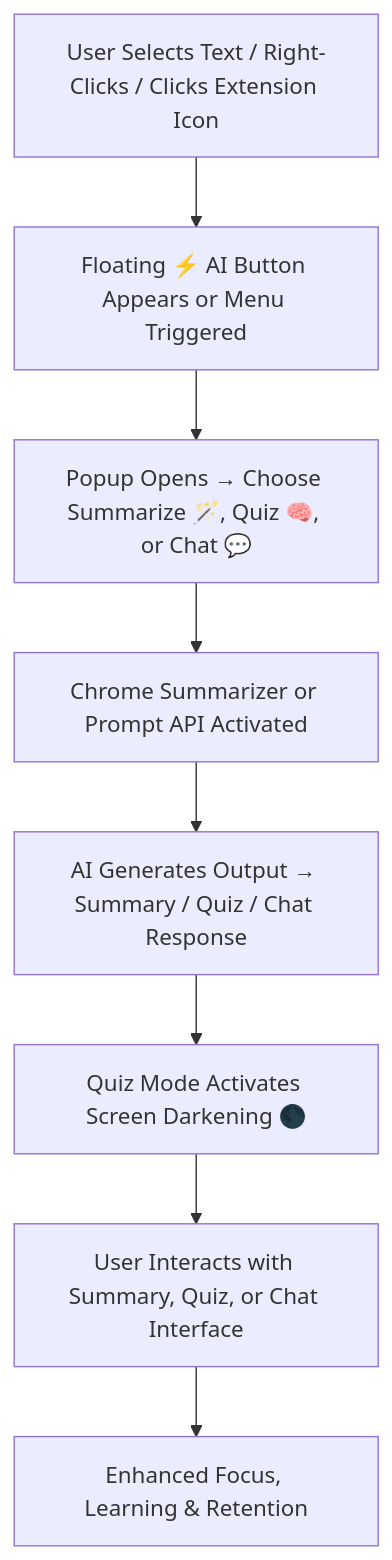
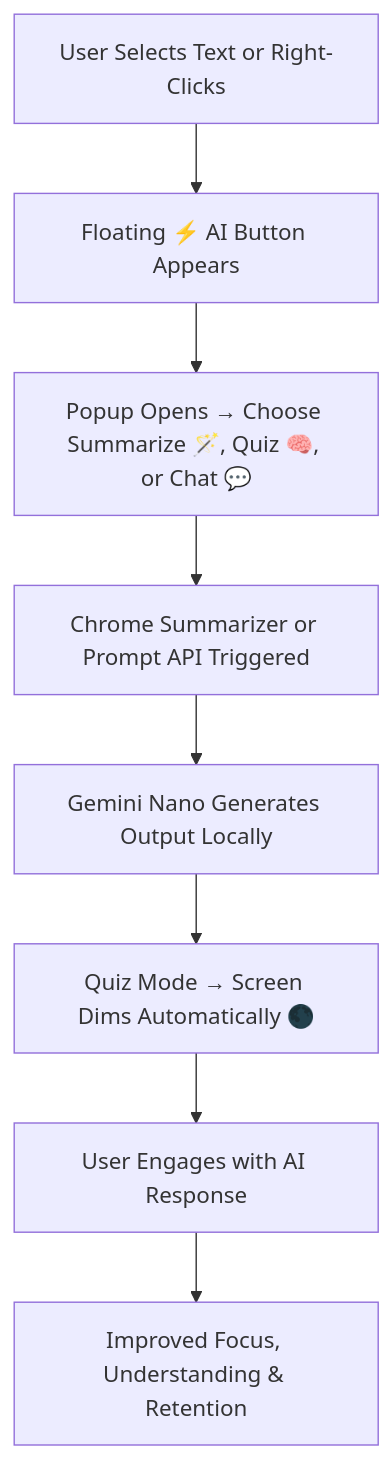
The diagram in README.md (Gagan-J-U/BrainByte), drawn with Mermaid before and after one commit. The commit also changed other lines of this file, not shown here.

````diff
--- a/README.md
+++ b/README.md
@@ -107,11 +78,10 @@
 ```mermaid
 graph TD;
-    A[User Selects Text / Right-Clicks / Clicks Extension Icon] --> B[Floating ⚡ AI Button Appears or Menu Triggered];
+    A[User Selects Text or Right-Clicks] --> B[Floating ⚡ AI Button Appears];
     B --> C[Popup Opens → Choose Summarize 🪄, Quiz 🧠, or Chat 💬];
-    C --> D[Chrome Summarizer or Prompt API Activated];
-    D --> E[AI Generates Output → Summary / Quiz / Chat Response];
-    E --> F[Quiz Mode Activates Screen Darkening 🌑];
-    F --> G[User Interacts with Summary, Quiz, or Chat Interface];
-    G --> H[Enhanced Focus, Learning & Retention];
-
+    C --> D[Chrome Summarizer or Prompt API Triggered];
+    D --> E[Gemini Nano Generates Output Locally];
+    E --> F[Quiz Mode → Screen Dims Automatically 🌑];
+    F --> G[User Engages with AI Response];
+    G --> H[Improved Focus, Understanding & Retention];
 ```
````
